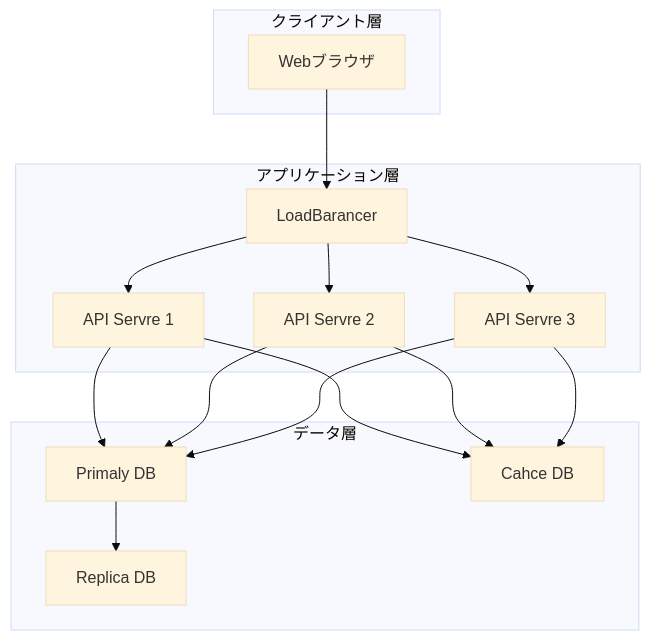
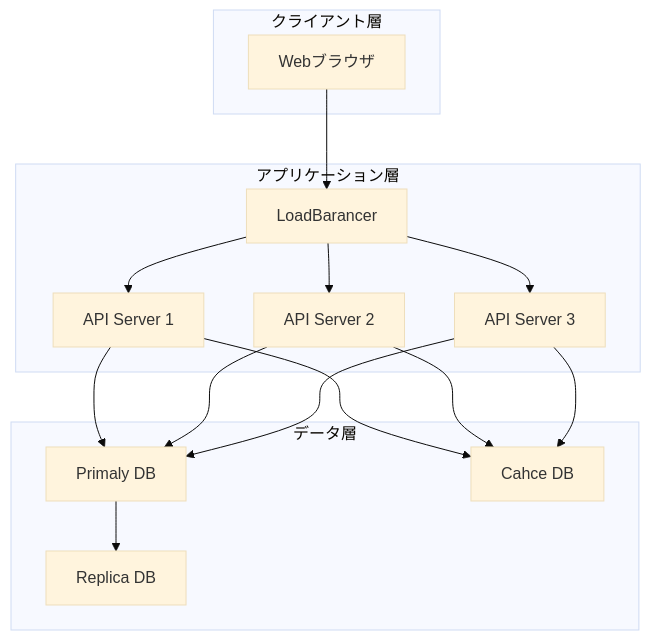
Before and after one commit to Wasaby-in-Japan/My-Markdown: the first of 5 diagrams in sample.md, drawn with Mermaid (base theme). The commit also changed other lines of this file, not shown here.

Commit message:
mermaidのサンプルを微修正

````diff
--- a/sample.md
+++ b/sample.md
@@ -9,32 +10,32 @@
 ```mermaid
 
 graph TB
     subgraph "クライアント層"
         Web[Webブラウザ]
     end
 
     subgraph "アプリケーション層"
         LB[LoadBarancer]
-        API1[API Servre 1]
-        API2[API Servre 2]
-        API3[API Servre 3]
+        API1[API Server 1]
+        API2[API Server 2]
+        API3[API Server 3]
      end
 
     subgraph "データ層"
         Primary[Primaly DB]
         Replica[Replica DB]
         Cache[Cahce DB]
     end
 
 Web --> LB
 LB --> API1
 LB --> API2
 LB --> API3
 API1 --> Primary
 API2 --> Primary
 API3 --> Primary
 Primary --> Replica
 API1 --> Cache
 API2 --> Cache
 API3 --> Cache
 ```
````
